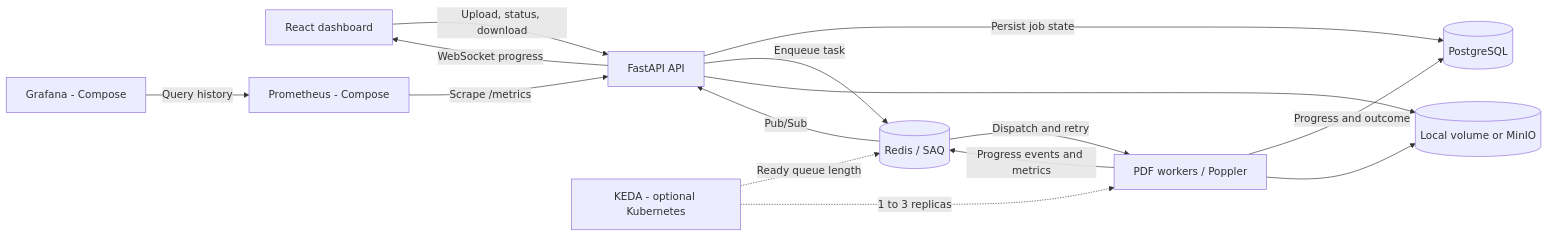
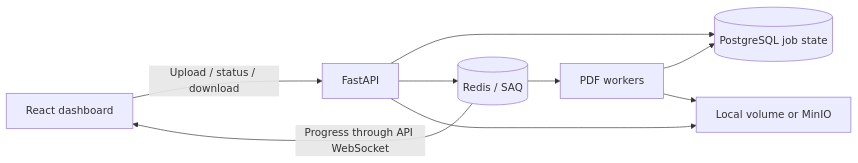
One commit to ahmedforge/distributed-task-queue changed the diagram in README.md. Above: the diagram before and after it, drawn with Mermaid. The commit also changed other lines of this file and 1 other file, not shown here.

Commit message:
docs: lead with dashboard demo and move operations into a guide

````diff
--- a/README.md
+++ b/README.md
@@ -7,17 +33,11 @@
 ```mermaid
 flowchart LR
-    UI[React dashboard] -->|Upload, status, download| API[FastAPI API]
-    API -->|Persist job state| DB[(PostgreSQL)]
-    API -->|Enqueue task| Redis[(Redis / SAQ)]
-    Redis -->|Dispatch and retry| Worker[PDF workers / Poppler]
-    Worker -->|Progress and outcome| DB
-    API --> Files[(Local volume or MinIO)]
-    Worker --> Files
-    Worker -->|Progress events and metrics| Redis
-    Redis -->|Pub/Sub| API
-    API -->|WebSocket progress| UI
-    Prom[Prometheus - Compose] -->|Scrape /metrics| API
-    Grafana[Grafana - Compose] -->|Query history| Prom
-    KEDA[KEDA - optional Kubernetes] -.->|Ready queue length| Redis
-    KEDA -.->|1 to 3 replicas| Worker
+    UI[React dashboard] -->|Upload / status / download| API[FastAPI]
+    API --> DB[(PostgreSQL job state)]
+    API --> Queue[(Redis / SAQ)]
+    Queue --> Worker[PDF workers]
+    Worker --> DB
+    API --> Storage[Local volume or MinIO]
+    Worker --> Storage
+    Queue -->|Progress through API WebSocket| UI
 ```
````
